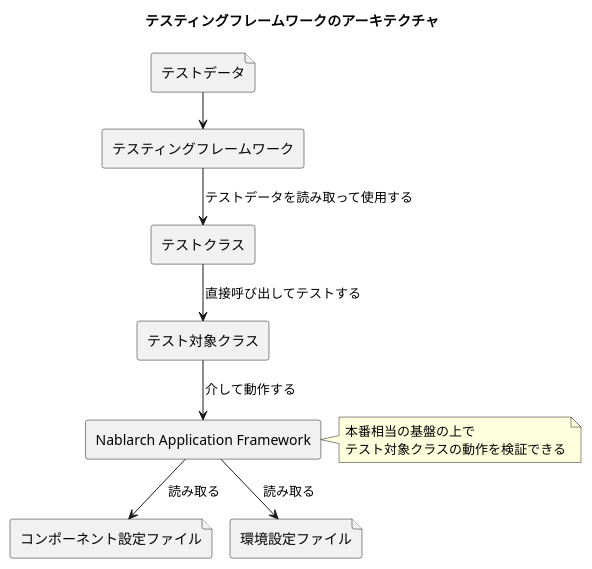
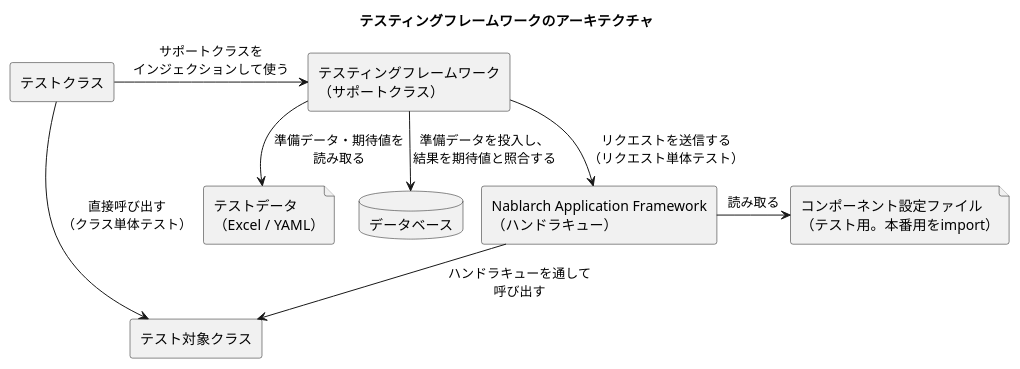
Before and after one commit to nablarch/nablarch-document: the diagram in ja/development_tools/testing_framework/about/images/index/architecture_components.puml, drawn with PlantUML. The commit also changed 2 other files, not shown here.

Commit message:
docs: about のアーキテクチャ図を「何を伝えるか」から描き直し、本文を合わせ、節題を「対応するJUnitのバージョン」にする
意図: 旧図は起点がテストデータで、「テストクラス→テスト対象クラスを直接呼び出す」を
リクエスト単体テストにも当てはまるように描き、「テスト対象クラス→NAF を介して動作する」という
向きの無い関係を持っていた（user 指摘 2026-09-02）。伝えることを4つに絞る。
①テストクラスはサポートクラスをインジェクションして使う ②準備データの投入と期待値との照合は
サポートクラスが行う ③テスト対象の呼び出し方はクラス単体（直接）とリクエスト単体（NAF の
ハンドラキュー経由）で異なる ④NAF はテスト用のコンポーネント設定ファイルを読む。
「稼動環境」は内容が JUnit の対応バージョンだけなので、題で中身が分かるようにする。

根拠: ① setup/standard_usage.rst:12 ② about 全体像「テストコードは定型かつ少量で済む」、
implementation/class_unit_test/component.rst:13 ③ 同 component.rst:201（ハンドラを経由せず
直接起動）、implementation/request_unit_test/images/web/request_test_components.puml
（テストクラス→NAF: リクエストを送信する、NAF→Action: 呼び出す）、about 全体像「本番同等の
経路でテストできる」 ④ setup/common.rst「テスト用のコンポーネント設定ファイルを用意する」

変更: about/images/index/architecture_components.puml・.png（再生成、temurin-17）、
about/index.rst のアーキテクチャ節1段落と「稼動環境」の題（ラベルは不変）。

検証: 正規の場所でビルド succeeded・warning 0。h2 の並び、_images の png がソースと
バイト一致、:ref: の解決を確認。

```diff
--- a/ja/development_tools/testing_framework/about/images/index/architecture_components.puml
+++ b/ja/development_tools/testing_framework/about/images/index/architecture_components.puml
@@ -1,23 +1,20 @@
 @startuml
 !pragma layout smetana
 skinparam shadowing false
 skinparam defaultFontName "Noto Sans JP"
 title テスティングフレームワークのアーキテクチャ
-file "テストデータ" as TD
-rectangle "テスティングフレームワーク" as FW
 rectangle "テストクラス" as TC
+rectangle "テスティングフレームワーク\n（サポートクラス）" as FW
+file "テストデータ\n（Excel / YAML）" as TD
+database "データベース" as DB
+rectangle "Nablarch Application Framework\n（ハンドラキュー）" as NAF
 rectangle "テスト対象クラス" as TG
-rectangle "Nablarch Application Framework" as NAF
-file "コンポーネント設定ファイル" as CONF
-file "環境設定ファイル" as ENV
-TD --> FW
-FW --> TC : テストデータを読み取って使用する
-TC --> TG : 直接呼び出してテストする
-TG --> NAF : 介して動作する
-NAF --> CONF : 読み取る
-NAF --> ENV : 読み取る
-note right of NAF
-  本番相当の基盤の上で
-  テスト対象クラスの動作を検証できる
-end note
+file "コンポーネント設定ファイル\n（テスト用。本番用をimport）" as CONF
+TC -right-> FW : サポートクラスを\nインジェクションして使う
+FW -down-> TD : 準備データ・期待値を\n読み取る
+FW -down-> DB : 準備データを投入し、\n結果を期待値と照合する
+TC -down-> TG : 直接呼び出す\n（クラス単体テスト）
+FW -down-> NAF : リクエストを送信する\n（リクエスト単体テスト）
+NAF -down-> TG : ハンドラキューを通して\n呼び出す
+NAF -right-> CONF : 読み取る
 @enduml
```
